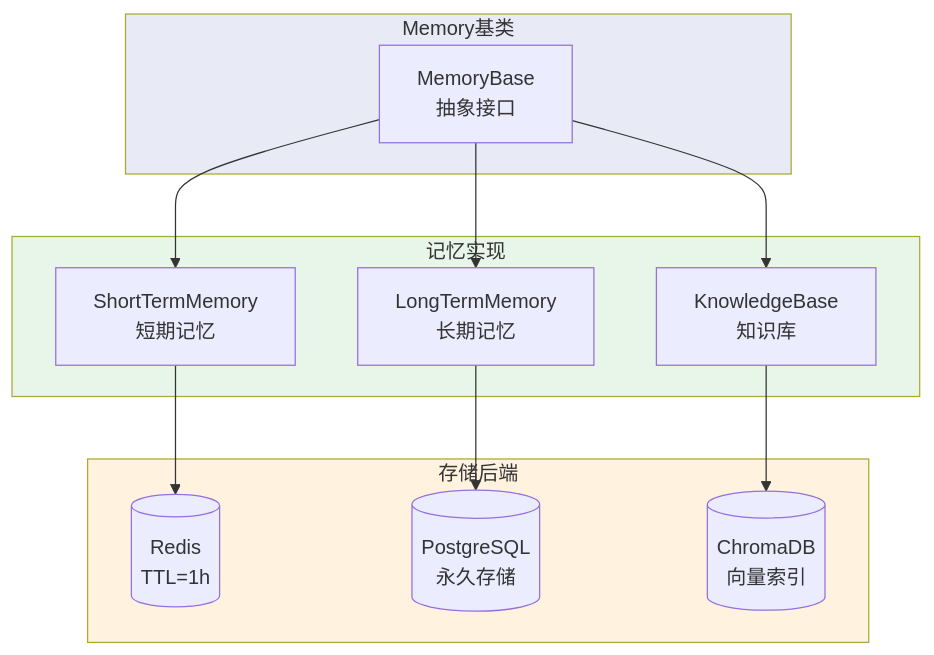
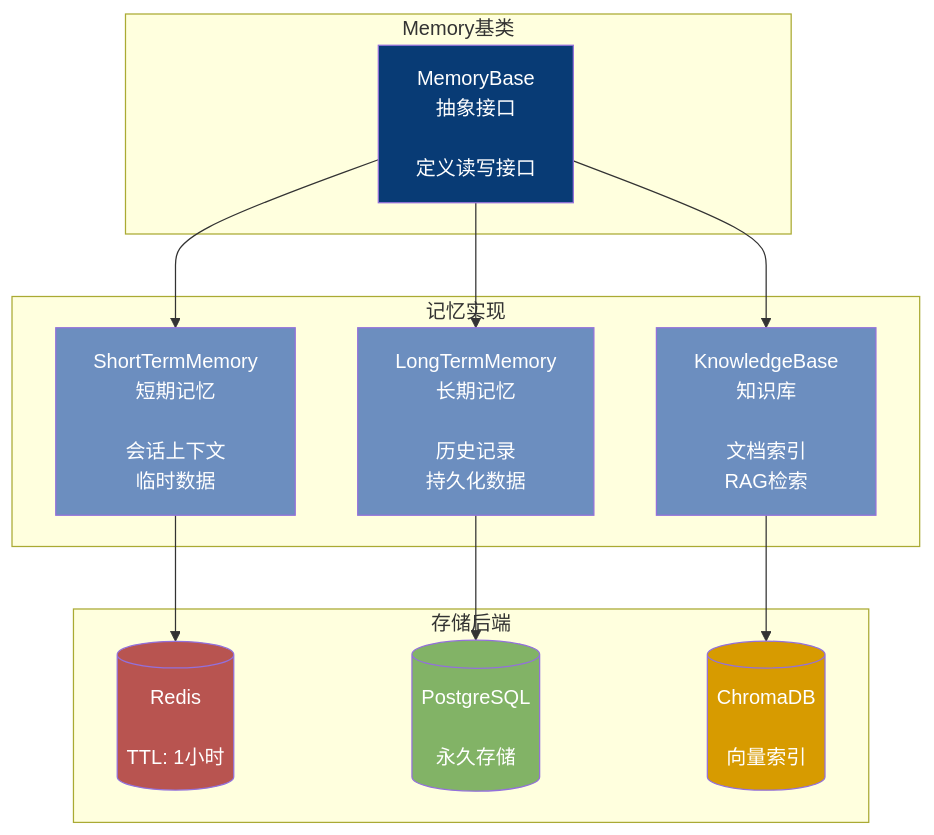
The first of 2 diagrams in OpsPilot/docs/architecture/module-memory.md (Aiting-for-you/OpsPilot), drawn with Mermaid before and after one commit. The commit also changed other lines of this file and 6 other files, not shown here.

Commit message:
style: 重构架构图设计，采用C4模型原则

````diff
--- a/OpsPilot/docs/architecture/module-memory.md
+++ b/OpsPilot/docs/architecture/module-memory.md
@@ -5,30 +5,34 @@
 ```mermaid
 graph TB
     subgraph Memory基类
-        BASE["MemoryBase<br/>抽象接口"]
+        BASE[MemoryBase<br/>抽象接口<br/><br/>定义读写接口]
     end
-    
+
     subgraph 记忆实现
-        SHORT["ShortTermMemory<br/>短期记忆"]
-        LONG["LongTermMemory<br/>长期记忆"]
-        KB["KnowledgeBase<br/>知识库"]
+        SHORT[ShortTermMemory<br/>短期记忆<br/><br/>会话上下文<br/>临时数据]
+        LONG[LongTermMemory<br/>长期记忆<br/><br/>历史记录<br/>持久化数据]
+        KB[KnowledgeBase<br/>知识库<br/><br/>文档索引<br/>RAG检索]
     end
-    
+
     subgraph 存储后端
-        REDIS[("Redis<br/>TTL=1h")]
-        PG[("PostgreSQL<br/>永久存储")]
-        CHROMA[("ChromaDB<br/>向量索引")]
+        REDIS[(Redis<br/><br/>TTL: 1小时)]
+        PG[(PostgreSQL<br/><br/>永久存储)]
+        CHROMA[(ChromaDB<br/><br/>向量索引)]
     end
-    
+
     BASE --> SHORT
     BASE --> LONG
     BASE --> KB
-    
+
     SHORT --> REDIS
     LONG --> PG
     KB --> CHROMA
 
-    style Memory基类 fill:#e8eaf6
-    style 记忆实现 fill:#e8f5e9
-    style 存储后端 fill:#fff3e0
+    style BASE fill:#083B75,color:#fff
+    style SHORT fill:#6C8EBF,color:#fff
+    style LONG fill:#6C8EBF,color:#fff
+    style KB fill:#6C8EBF,color:#fff
+    style REDIS fill:#B85450,color:#fff
+    style PG fill:#82B366,color:#fff
+    style CHROMA fill:#D79B00,color:#fff
 ```
````
